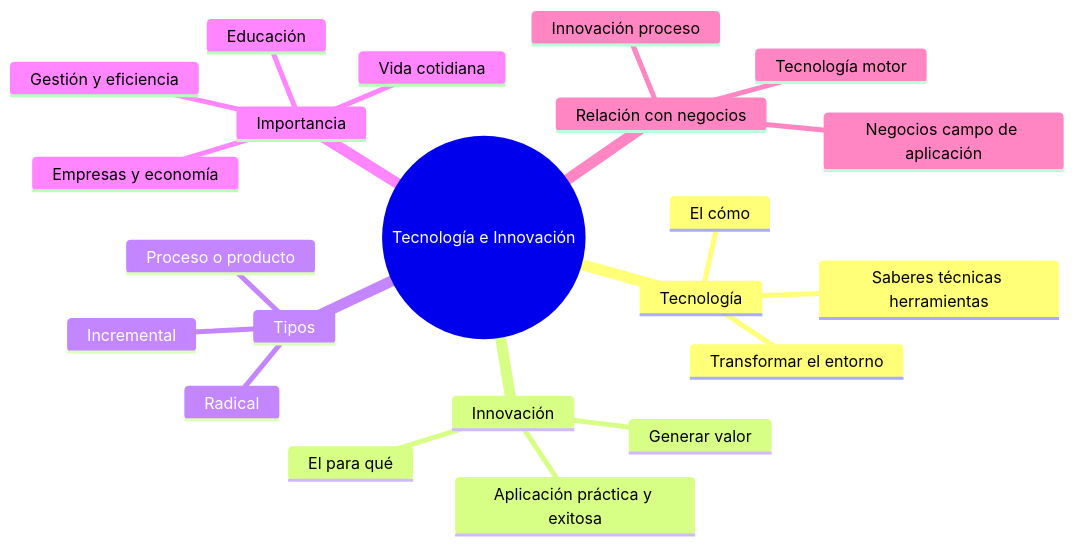
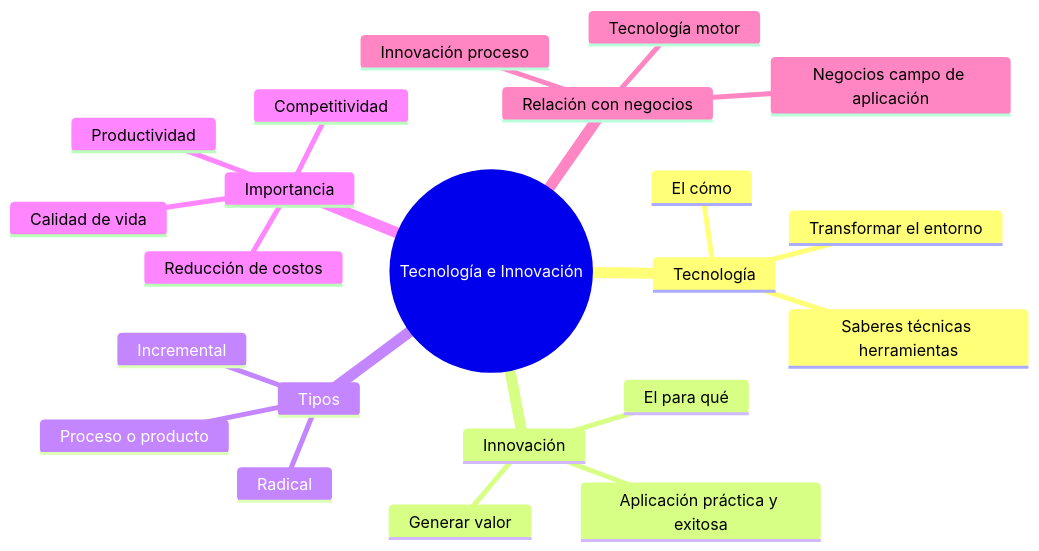
Before and after one commit to Valenpl/tecnologia-e-innovacion-uade: the first of 3 diagrams in parcial-1/01-tecnologia-e-innovacion-fundamentos.md, drawn with Mermaid. The commit also changed other lines of this file and 31 other files, not shown here.

````diff
--- a/parcial-1/01-tecnologia-e-innovacion-fundamentos.md
+++ b/parcial-1/01-tecnologia-e-innovacion-fundamentos.md
@@ -58,25 +50,25 @@
 ```mermaid
 mindmap
   root((Tecnología e Innovación))
     Tecnología
       El cómo
       Saberes técnicas herramientas
       Transformar el entorno
     Innovación
       El para qué
       Aplicación práctica y exitosa
       Generar valor
     Tipos
       Incremental
       Radical
       Proceso o producto
     Importancia
-      Empresas y economía
-      Educación
-      Vida cotidiana
-      Gestión y eficiencia
+      Productividad
+      Reducción de costos
+      Calidad de vida
+      Competitividad
     Relación con negocios
       Tecnología motor
       Innovación proceso
       Negocios campo de aplicación
 ```
````
